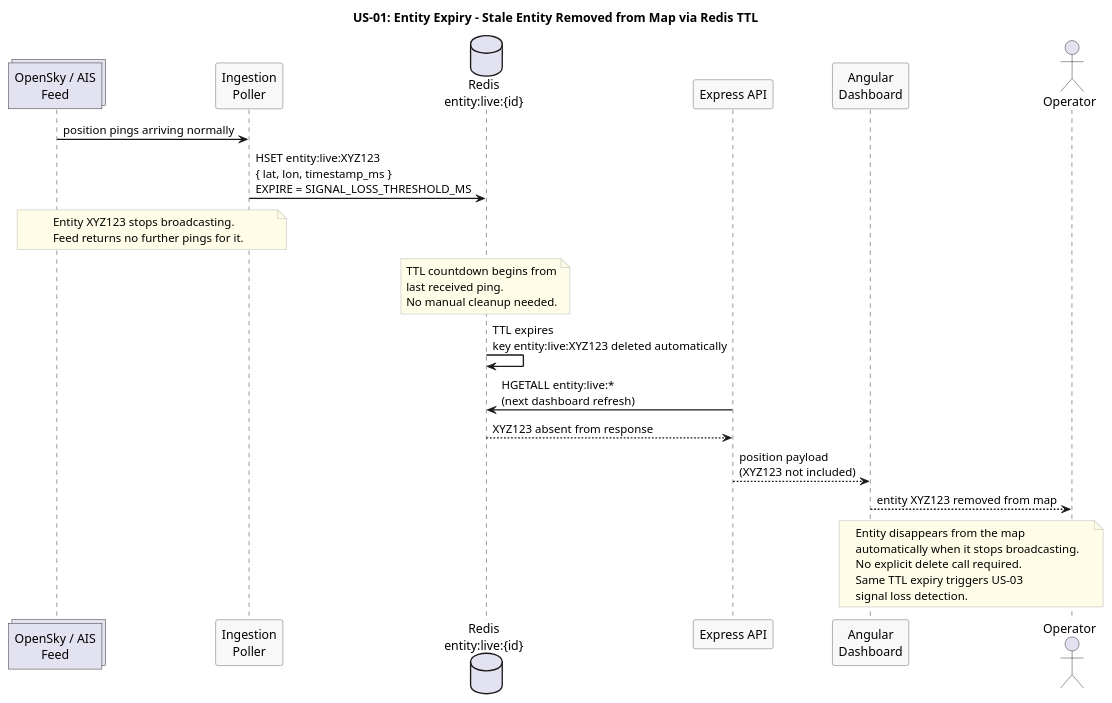
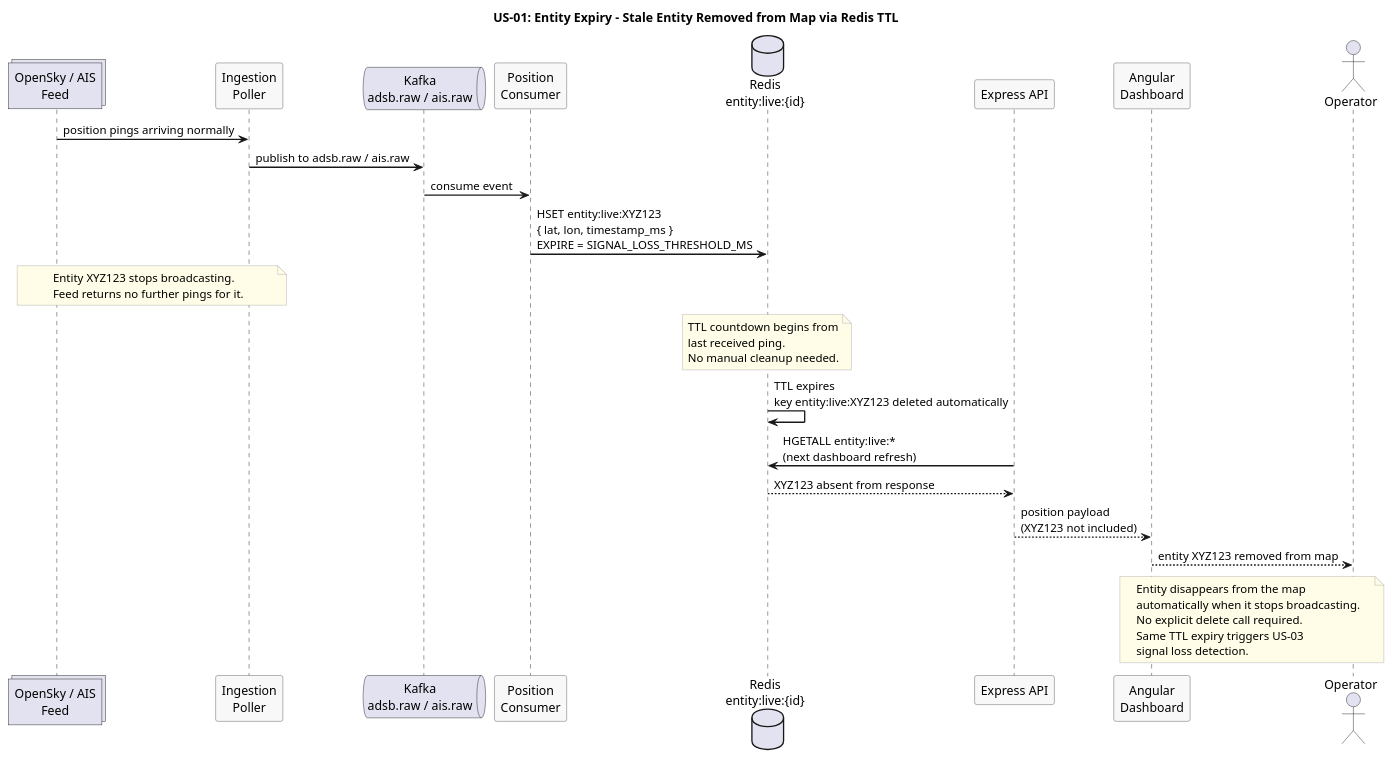
One commit to Buffden/sentinel changed the diagram in docs/use-cases/US-01-live-entity-tracking/entity-expiry.puml. Above: the diagram before and after it, drawn with PlantUML. The commit also changed 4 other files, not shown here.

Commit message:
docs: fix two-stage Kafka pipeline in diagrams - poller publishes to adsb.raw, position consumer normalizes and forwards to position.normalized

```diff
--- a/docs/use-cases/US-01-live-entity-tracking/entity-expiry.puml
+++ b/docs/use-cases/US-01-live-entity-tracking/entity-expiry.puml
@@ -1,47 +1,51 @@
 @startuml entity-expiry
 title US-01: Entity Expiry - Stale Entity Removed from Map via Redis TTL
 
 skinparam sequenceArrowThickness 1.5
 skinparam participantBorderColor #555555
 skinparam participantBackgroundColor #F8F8F8
 skinparam noteBorderColor #AAAAAA
 skinparam noteBackgroundColor #FFFDE7
 
 collections "OpenSky / AIS\nFeed" as Feed
 participant "Ingestion\nPoller" as Poller
+queue "Kafka\nadsb.raw / ais.raw" as Kafka
+participant "Position\nConsumer" as Consumer
 database "Redis\nentity:live:{id}" as Redis
 participant "Express API" as API
 participant "Angular\nDashboard" as Dashboard
 actor Operator
 
 Feed -> Poller : position pings arriving normally
-Poller -> Redis : HSET entity:live:XYZ123\n{ lat, lon, timestamp_ms }\nEXPIRE = SIGNAL_LOSS_THRESHOLD_MS
+Poller -> Kafka : publish to adsb.raw / ais.raw
+Kafka -> Consumer : consume event
+Consumer -> Redis : HSET entity:live:XYZ123\n{ lat, lon, timestamp_ms }\nEXPIRE = SIGNAL_LOSS_THRESHOLD_MS
 
 note over Feed, Poller
   Entity XYZ123 stops broadcasting.
   Feed returns no further pings for it.
 end note
 
 note over Redis
   TTL countdown begins from
   last received ping.
   No manual cleanup needed.
 end note
 
 Redis -> Redis : TTL expires\nkey entity:live:XYZ123 deleted automatically
 
 API -> Redis : HGETALL entity:live:*\n(next dashboard refresh)
 Redis --> API : XYZ123 absent from response
 
 API --> Dashboard : position payload\n(XYZ123 not included)
 Dashboard --> Operator : entity XYZ123 removed from map
 
 note over Dashboard, Operator
   Entity disappears from the map
   automatically when it stops broadcasting.
   No explicit delete call required.
   Same TTL expiry triggers US-03
   signal loss detection.
 end note
 
 @enduml
```
